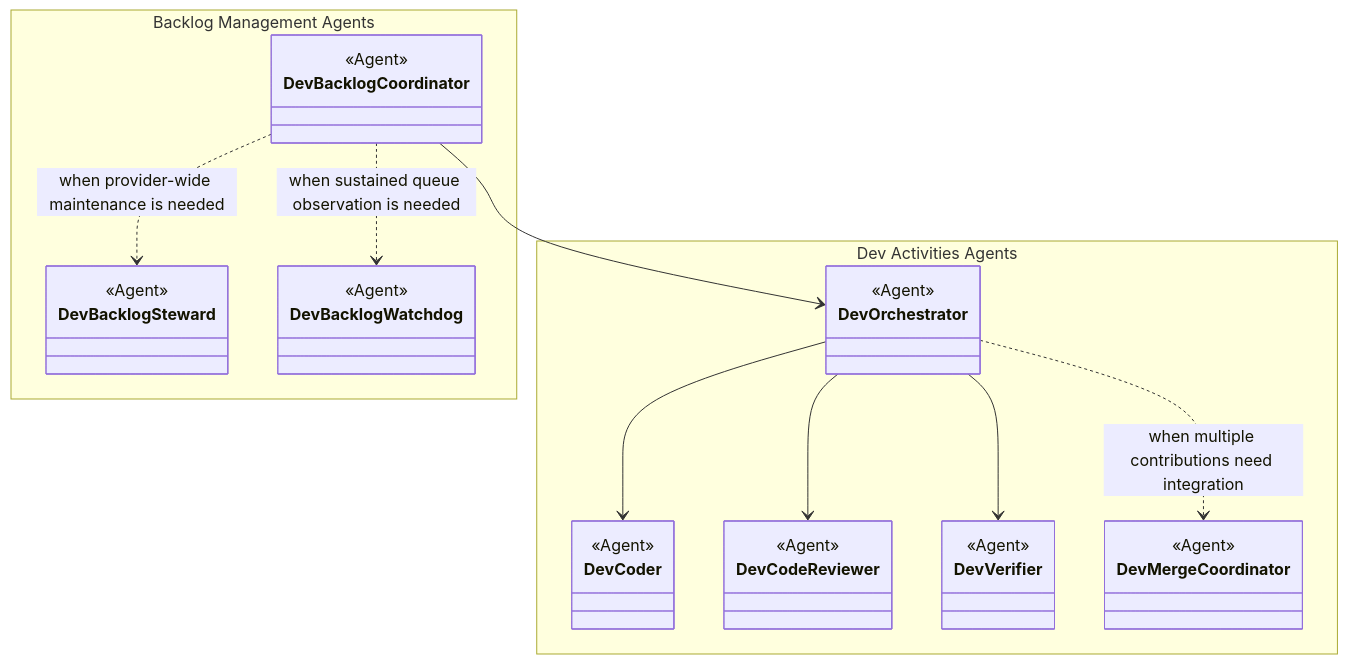
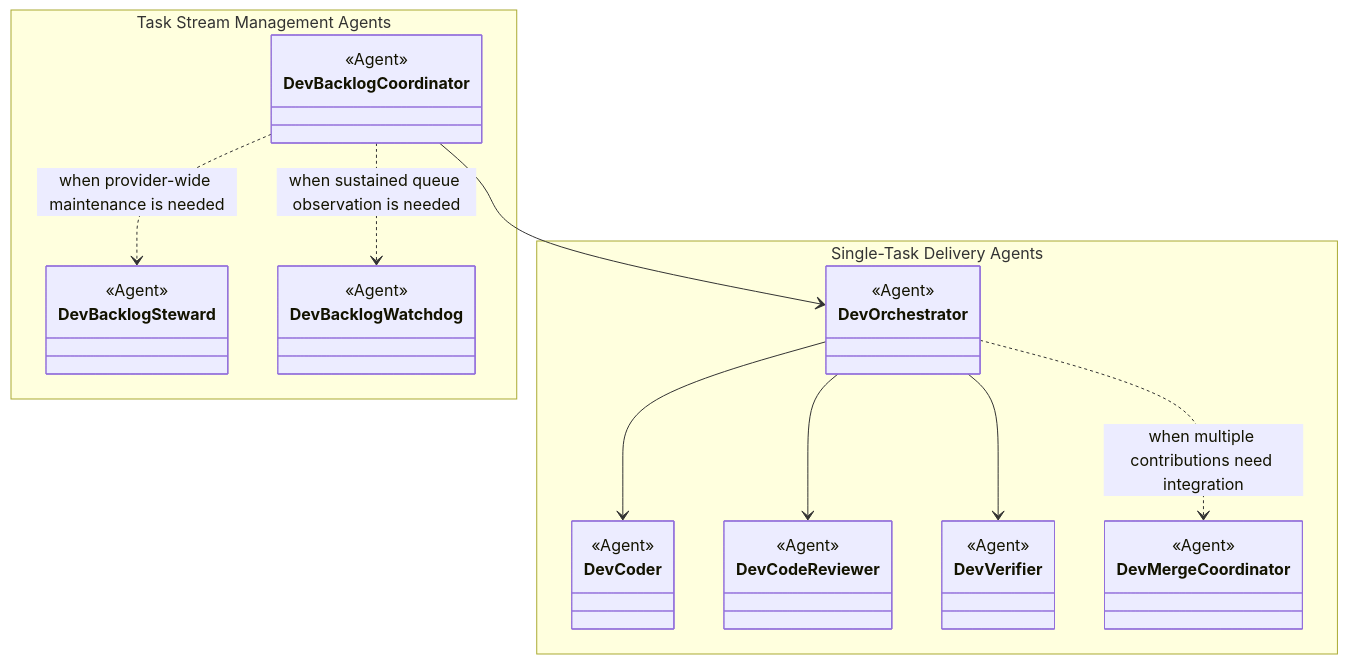
The first of 8 diagrams in design/skill-groups/concurrent-tasking.md (martinbechard/dev-methodology), drawn with Mermaid before and after one commit. The commit also changed other lines of this file, not shown here.

````diff
--- a/design/skill-groups/concurrent-tasking.md
+++ b/design/skill-groups/concurrent-tasking.md
@@ -21,42 +23,42 @@
 ```mermaid
 classDiagram
     direction TB
 
-    namespace BacklogManagementAgents["Backlog Management Agents"] {
+    namespace TaskStreamManagementAgents["Task Stream Management Agents"] {
         class DevBacklogCoordinator {
             <<Agent>>
         }
         class DevBacklogSteward {
             <<Agent>>
         }
         class DevBacklogWatchdog {
             <<Agent>>
         }
     }
 
-    namespace DevActivitiesAgents["Dev Activities Agents"] {
+    namespace SingleTaskDeliveryAgents["Single-Task Delivery Agents"] {
         class DevOrchestrator {
             <<Agent>>
         }
         class DevCoder {
             <<Agent>>
         }
         class DevCodeReviewer {
             <<Agent>>
         }
         class DevVerifier {
             <<Agent>>
         }
         class DevMergeCoordinator {
             <<Agent>>
         }
     }
 
     DevBacklogCoordinator --> DevOrchestrator
     DevBacklogCoordinator ..> DevBacklogSteward : when provider-wide maintenance is needed
     DevBacklogCoordinator ..> DevBacklogWatchdog : when sustained queue observation is needed
     DevOrchestrator --> DevCoder
     DevOrchestrator --> DevCodeReviewer
     DevOrchestrator --> DevVerifier
     DevOrchestrator ..> DevMergeCoordinator : when multiple contributions need integration
 ```
````
